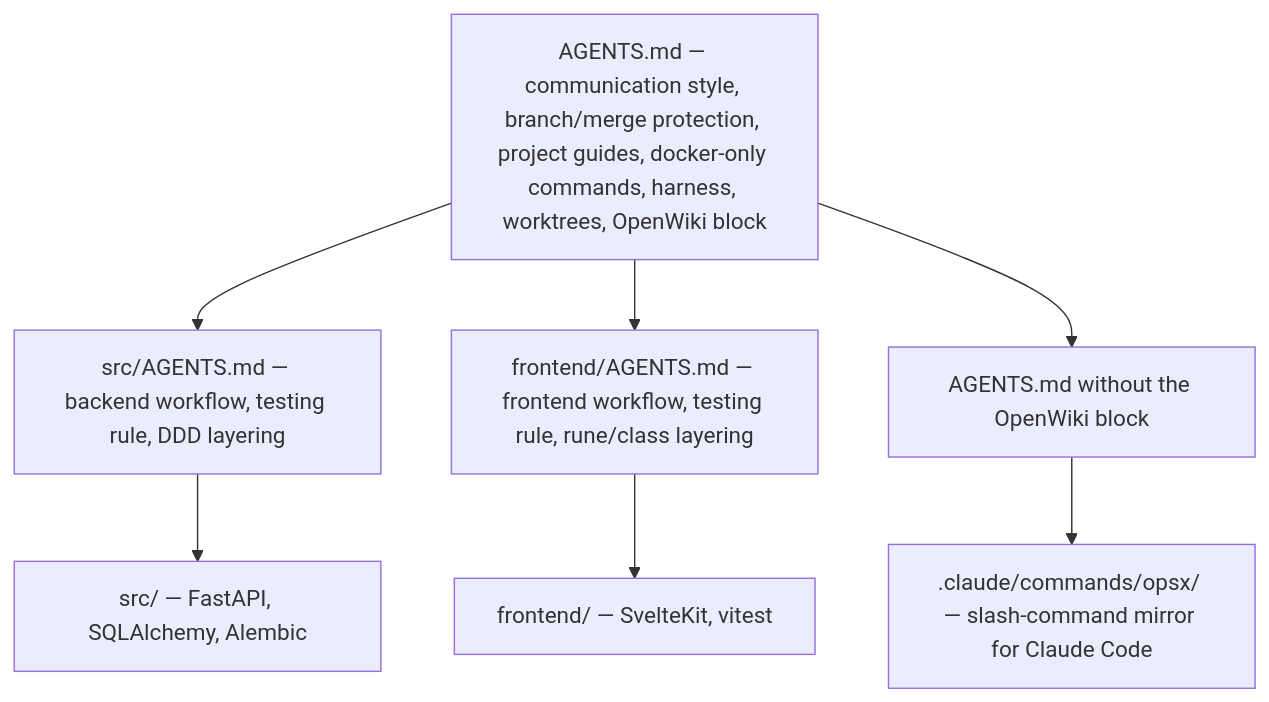
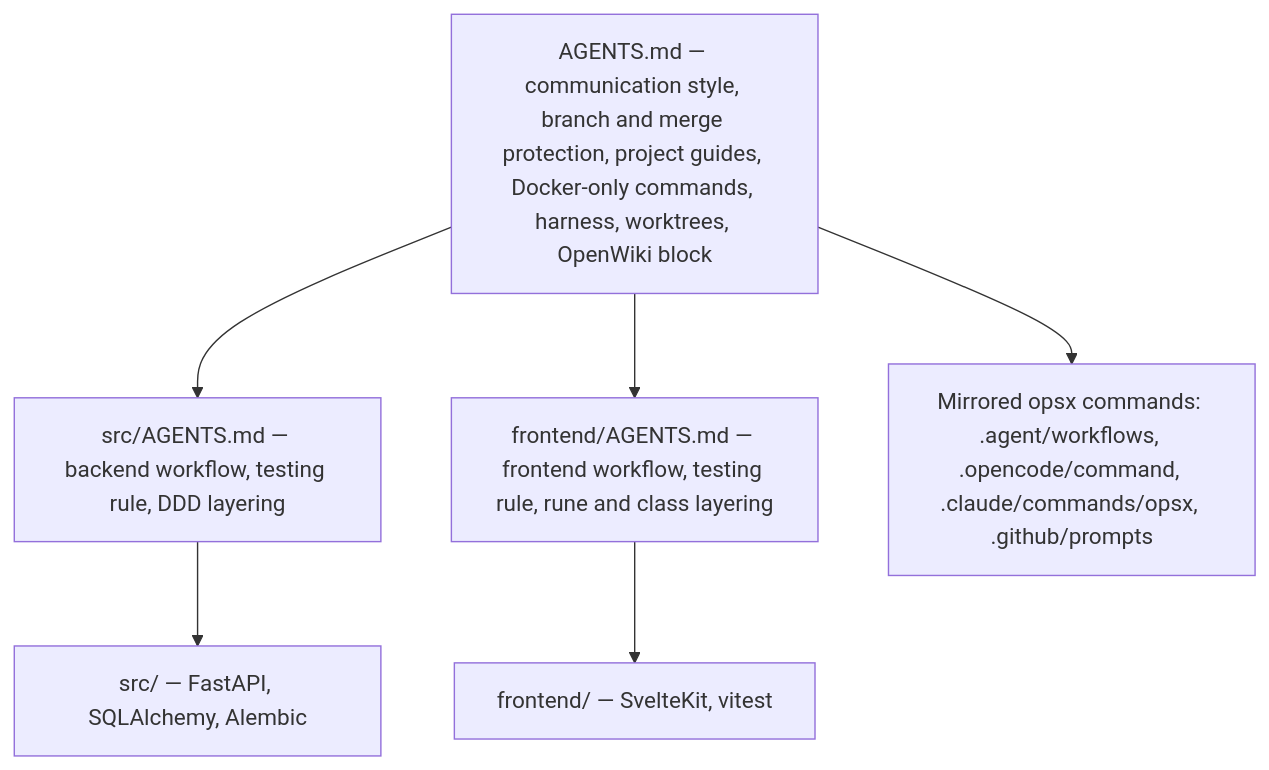
One commit to havekes/retail-portfolio changed the third of 4 diagrams in openwiki/operations/workflows.md. Above: the diagram before and after it, drawn with Mermaid. The commit also changed other lines of this file and 26 other files, not shown here.

Commit message:
docs: update OpenWiki (#673)

````diff
--- a/openwiki/operations/workflows.md
+++ b/openwiki/operations/workflows.md
@@ -550,9 +562,8 @@
 ```mermaid
 flowchart TD
-    Root["AGENTS.md — communication style, branch/merge protection, project guides, docker-only commands, harness, worktrees, OpenWiki block"] --> BE["src/AGENTS.md — backend workflow, testing rule, DDD layering"]
-    Root --> FE["frontend/AGENTS.md — frontend workflow, testing rule, rune/class layering"]
-    Root --> T1["AGENTS.md without the OpenWiki block"]
-    T1 --> T2[".claude/commands/opsx/ — slash-command mirror for Claude Code"]
+    Root["AGENTS.md — communication style, branch and merge protection, project guides, Docker-only commands, harness, worktrees, OpenWiki block"] --> BE["src/AGENTS.md — backend workflow, testing rule, DDD layering"]
+    Root --> FE["frontend/AGENTS.md — frontend workflow, testing rule, rune and class layering"]
+    Root --> M["Mirrored opsx commands: .agent/workflows, .opencode/command, .claude/commands/opsx, .github/prompts"]
     BE --> SRC["src/ — FastAPI, SQLAlchemy, Alembic"]
     FE --> FRT["frontend/ — SvelteKit, vitest"]
 ```
````
